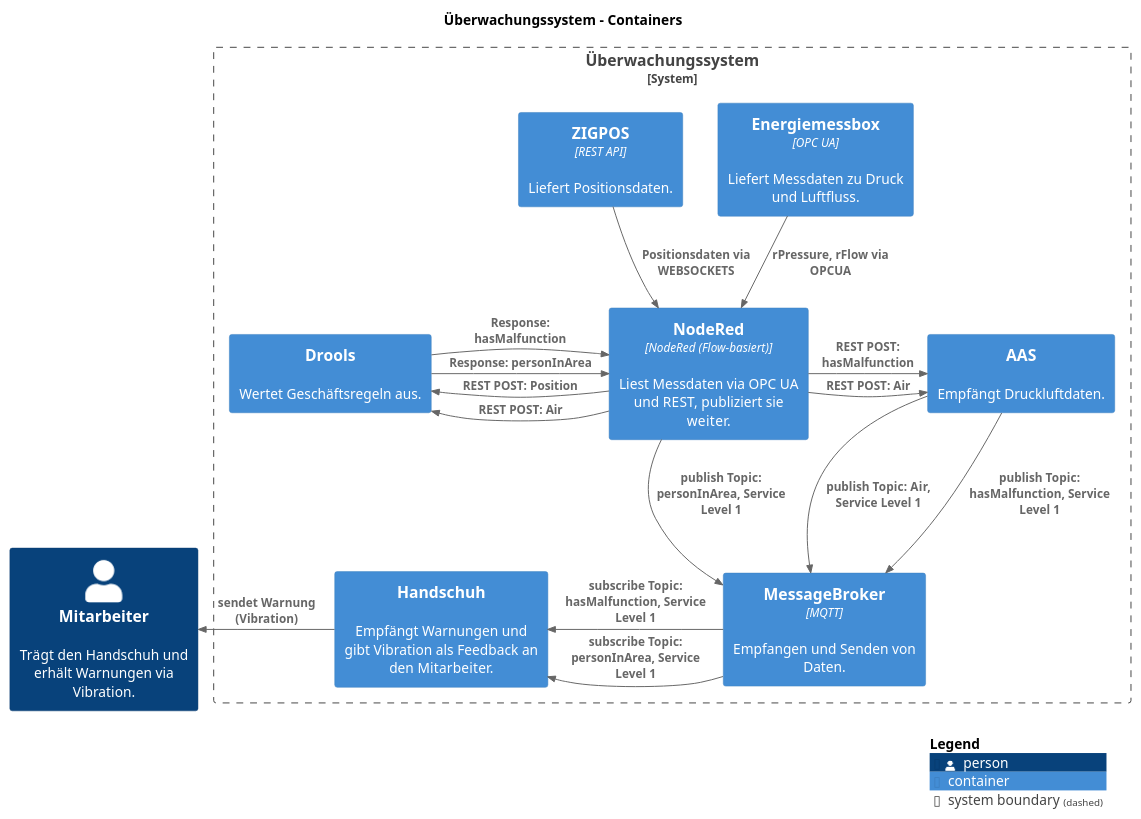
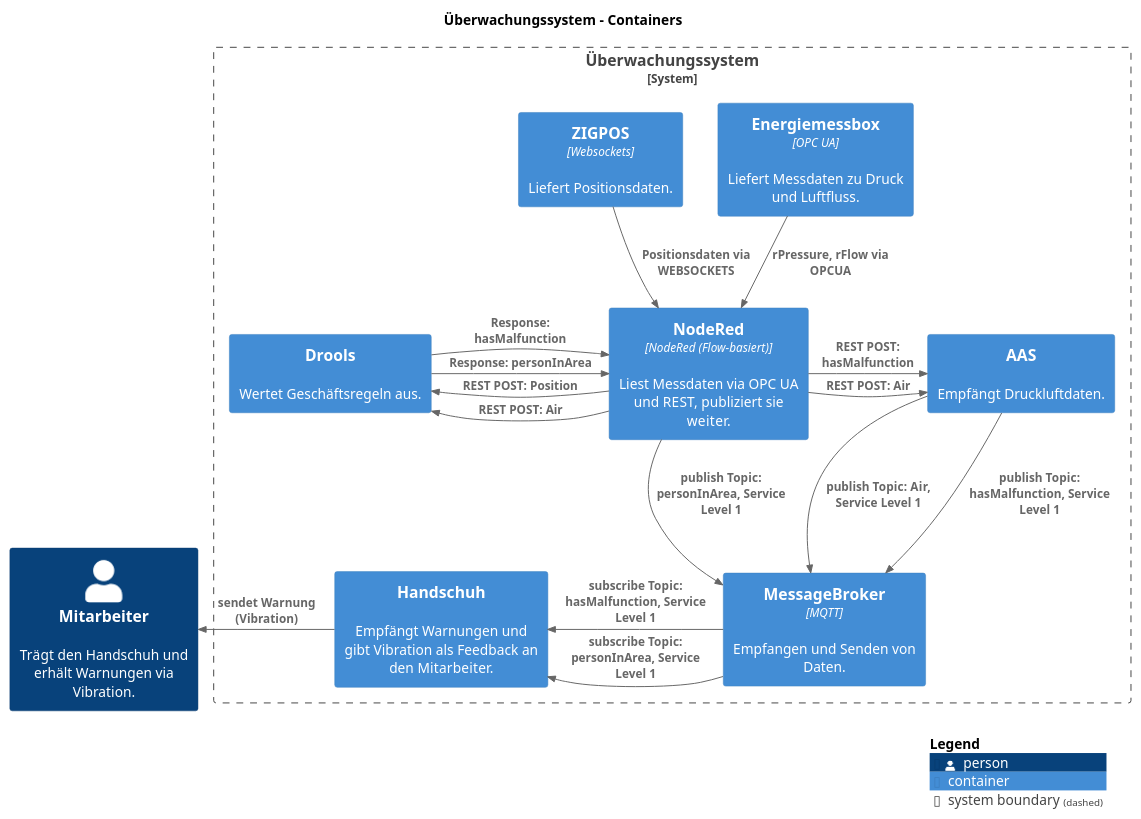
The diagram in system_diagram.puml (a-schulz/bpa-energiemessbox), drawn with PlantUML before and after one commit. The commit also changed 1 other file, not shown here.

Commit message:
concept: system_diagram.puml

```diff
--- a/system_diagram.puml
+++ b/system_diagram.puml
@@ -1,45 +1,45 @@
 @startuml
 set separator none
 
 title Überwachungssystem - Containers
 
 !include <C4/C4>
 !include <C4/C4_Context>
 !include <C4/C4_Container>
 
 Person(Mitarbeiter, "Mitarbeiter", $descr="Trägt den Handschuh und erhält Warnungen via Vibration.", $tags="", $link="")
 
 System_Boundary("Überwachungssystem_boundary", "Überwachungssystem", $tags="") {
   Container(Überwachungssystem.Energiemessbox, "Energiemessbox", $techn="OPC UA", $descr="Liefert Messdaten zu Druck und Luftfluss.", $tags="", $link="")
   Container(Überwachungssystem.NodeRed, "NodeRed", $techn="NodeRed (Flow-basiert)", $descr="Liest Messdaten via OPC UA und REST, publiziert sie weiter.", $tags="", $link="")
-  Container(Überwachungssystem.ZIGPOS, "ZIGPOS", $techn="REST API", $descr="Liefert Positionsdaten.", $tags="", $link="")
+  Container(Überwachungssystem.ZIGPOS, "ZIGPOS", $techn="Websockets", $descr="Liefert Positionsdaten.", $tags="", $link="")
   Container(Überwachungssystem.MessageBroker, "MessageBroker", $techn="MQTT", $descr="Empfangen und Senden von Daten.", $tags="", $link="")
   Container(Überwachungssystem.Handschuh, "Handschuh", $techn="", $descr="Empfängt Warnungen und gibt Vibration als Feedback an den Mitarbeiter.", $tags="", $link="")
   Container(Überwachungssystem.AAS, "AAS", $techn="", $descr="Empfängt Druckluftdaten.", $tags="", $link="")
   Container(Überwachungssystem.Drools, "Drools", $techn="", $descr="Wertet Geschäftsregeln aus.", $tags="", $link="")
 }
 
 Rel(Überwachungssystem.Energiemessbox, Überwachungssystem.NodeRed, "rPressure, rFlow via OPCUA", $techn="", $tags="", $link="")
 Rel(Überwachungssystem.ZIGPOS, Überwachungssystem.NodeRed, "Positionsdaten via WEBSOCKETS", $techn="", $tags="", $link="")
 
 Rel_L(Überwachungssystem.NodeRed, Überwachungssystem.Drools, "REST POST: Air", $techn="", $tags="", $link="")
 Rel_R(Überwachungssystem.Drools, Überwachungssystem.NodeRed, "Response: hasMalfunction", $techn="", $tags="", $link="")
 
 Rel_L(Überwachungssystem.NodeRed, Überwachungssystem.Drools, "REST POST: Position", $techn="", $tags="", $link="")
 Rel_R(Überwachungssystem.Drools, Überwachungssystem.NodeRed, "Response: personInArea", $techn="", $tags="", $link="")
 
 Rel_R(Überwachungssystem.NodeRed, Überwachungssystem.AAS, "REST POST: Air", $techn="", $tags="", $link="")
 Rel_L(Überwachungssystem.NodeRed, Überwachungssystem.AAS, "REST POST: hasMalfunction", $techn="", $tags="", $link="")
 
 Rel(Überwachungssystem.NodeRed, Überwachungssystem.MessageBroker, "publish Topic: personInArea, Service Level 1", $techn="", $tags="", $link="")
 
 Rel(Überwachungssystem.AAS, Überwachungssystem.MessageBroker, "publish Topic: Air, Service Level 1", $techn="", $tags="", $link="")
 Rel(Überwachungssystem.AAS, Überwachungssystem.MessageBroker, "publish Topic: hasMalfunction, Service Level 1", $techn="", $tags="", $link="")
 
 Rel_L(Überwachungssystem.MessageBroker, Überwachungssystem.Handschuh, "subscribe Topic: hasMalfunction, Service Level 1", $techn="", $tags="", $link="")
 Rel_L(Überwachungssystem.MessageBroker, Überwachungssystem.Handschuh, "subscribe Topic: personInArea, Service Level 1", $techn="", $tags="", $link="")
 
 Rel_L(Überwachungssystem.Handschuh, Mitarbeiter, "sendet Warnung (Vibration)", $techn="", $tags="", $link="")
 
 SHOW_LEGEND(true)
 @enduml
```
